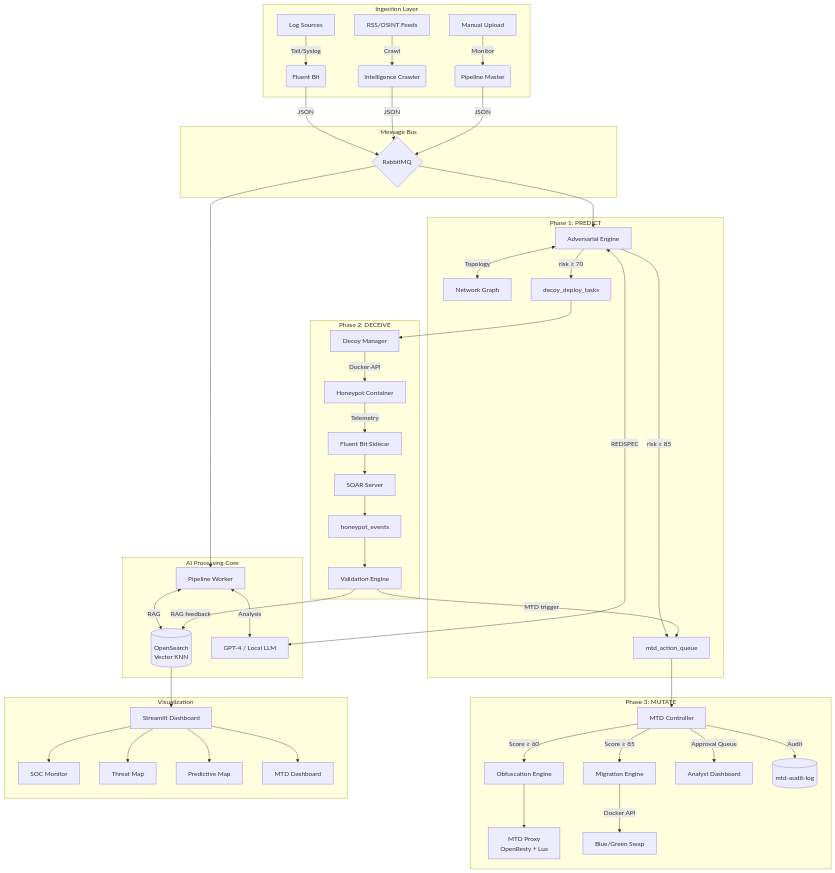
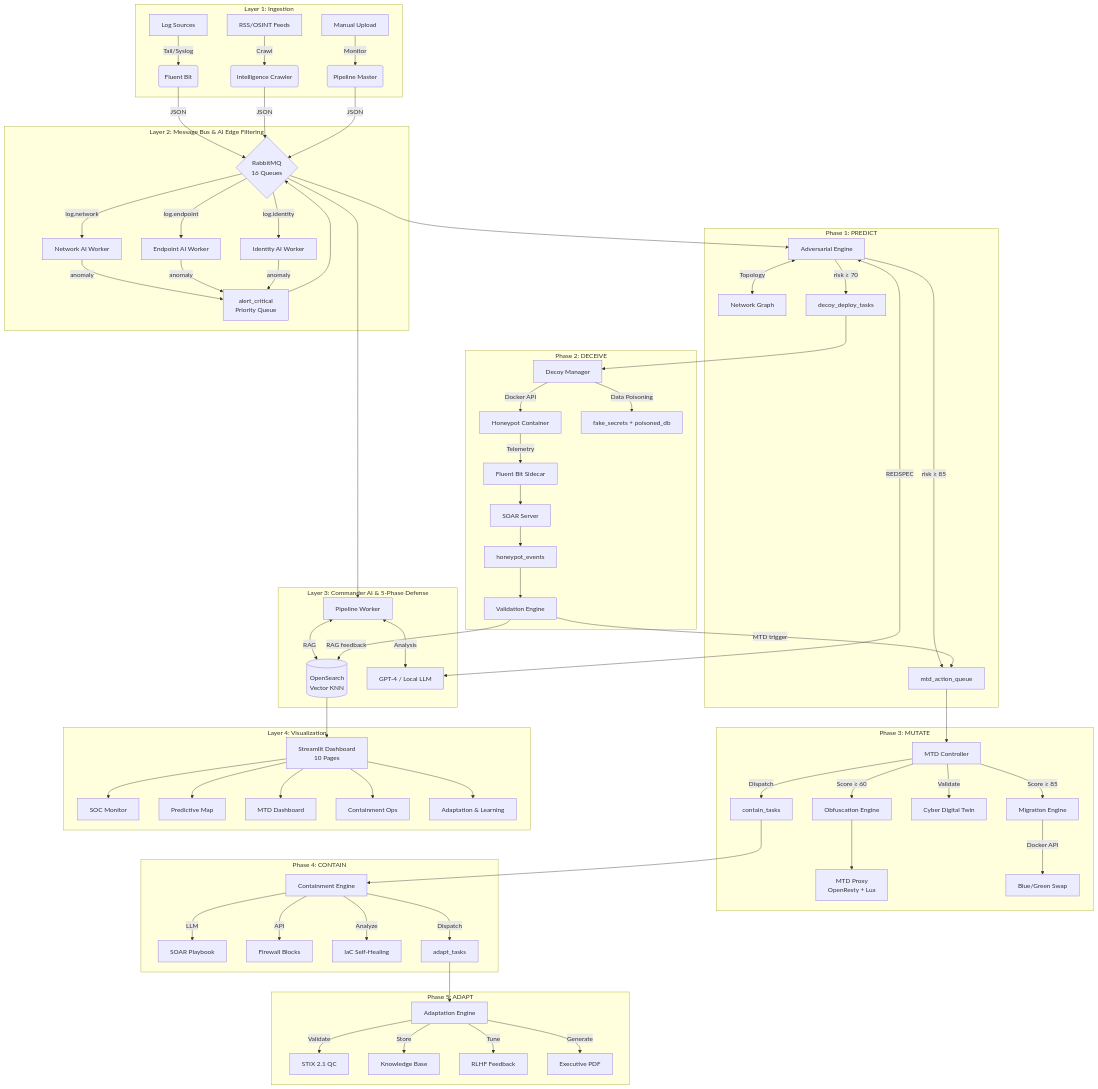
The diagram in README.md (uuluul/AI-autonomous-SOC), drawn with Mermaid before and after one commit. The commit also changed other lines of this file and 1 other file, not shown here.

First line of the commit message:
docs: update README and architecture demo for 5-phase lifecycle

````diff
--- a/README.md
+++ b/README.md
@@ -210,55 +298,78 @@
 ```mermaid
 graph TB
-    subgraph "Ingestion Layer"
+    subgraph "Layer 1: Ingestion"
         LOG[Log Sources] -->|Tail/Syslog| FB(Fluent Bit)
         RSS[RSS/OSINT Feeds] -->|Crawl| IC(Intelligence Crawler)
         MAN[Manual Upload] -->|Monitor| MASTER(Pipeline Master)
     end
 
-    subgraph "Message Bus"
-        FB & IC & MASTER -->|JSON| RMQ{RabbitMQ}
+    subgraph "Layer 2: Message Bus & AI Edge Filtering"
+        FB & IC & MASTER -->|JSON| RMQ{RabbitMQ<br>16 Queues}
+        RMQ -->|log.network| AWN[Network AI Worker]
+        RMQ -->|log.endpoint| AWE[Endpoint AI Worker]
+        RMQ -->|log.identity| AWI[Identity AI Worker]
+        AWN & AWE & AWI -->|anomaly| ACQ[alert_critical<br>Priority Queue]
+        ACQ --> RMQ
     end
 
-    subgraph "AI Processing Core"
+    subgraph "Layer 3: Commander AI & 5-Phase Defense"
         RMQ --> WORKER[Pipeline Worker]
         WORKER <-->|RAG| OSEARCH[(OpenSearch<br>Vector KNN)]
         WORKER <-->|Analysis| LLM[GPT-4 / Local LLM]
     end
 
     subgraph "Phase 1: PREDICT"
         RMQ --> AE[Adversarial Engine]
         AE <-->|REDSPEC| LLM
         AE <-->|Topology| TOPO[Network Graph]
         AE -->|risk ≥ 70| DDQ[decoy_deploy_tasks]
         AE -->|risk ≥ 85| MTQ[mtd_action_queue]
     end
 
     subgraph "Phase 2: DECEIVE"
         DDQ --> DM[Decoy Manager]
         DM -->|Docker API| HONEY[Honeypot Container]
+        DM -->|Data Poisoning| POISON[fake_secrets + poisoned_db]
         HONEY -->|Telemetry| FBSIDE[Fluent Bit Sidecar]
         FBSIDE --> SOAR[SOAR Server]
         SOAR --> HPQ[honeypot_events]
         HPQ --> VE[Validation Engine]
         VE -->|RAG feedback| OSEARCH
         VE -->|MTD trigger| MTQ
     end
 
     subgraph "Phase 3: MUTATE"
         MTQ --> MTDC[MTD Controller]
         MTDC -->|Score ≥ 60| OBFENG[Obfuscation Engine]
         OBFENG --> PROXY[MTD Proxy<br>OpenResty + Lua]
         MTDC -->|Score ≥ 85| MIGENG[Migration Engine]
+        MTDC -->|Validate| TWIN[Cyber Digital Twin]
         MIGENG -->|Docker API| BLUEGREEN[Blue/Green Swap]
-        MTDC -->|Approval Queue| ANALYST[Analyst Dashboard]
-        MTDC -->|Audit| AUDITLOG[(mtd-audit-log)]
+        MTDC -->|Dispatch| CTQ[contain_tasks]
     end
 
-    subgraph "Visualization"
-        OSEARCH --> UI[Streamlit Dashboard]
+    subgraph "Phase 4: CONTAIN"
+        CTQ --> CE[Containment Engine]
+        CE -->|LLM| PLAYBOOK[SOAR Playbook]
+        CE -->|API| FW[Firewall Blocks]
+        CE -->|Analyze| IAC[IaC Self-Healing]
+        CE -->|Dispatch| ATQ[adapt_tasks]
+    end
+
+    subgraph "Phase 5: ADAPT"
+        ATQ --> ADAPT[Adaptation Engine]
+        ADAPT -->|Validate| STIX[STIX 2.1 QC]
+        ADAPT -->|Store| KB[Knowledge Base]
+        ADAPT -->|Tune| RLHF[RLHF Feedback]
+        ADAPT -->|Generate| PDF[Executive PDF]
+    end
+
+    subgraph "Layer 4: Visualization"
+        OSEARCH --> UI[Streamlit Dashboard<br>10 Pages]
         UI --> SOC[SOC Monitor]
-        UI --> TMAP[Threat Map]
         UI --> PTMAP[Predictive Map]
         UI --> MTDDASH[MTD Dashboard]
+        UI --> CONTAIN_UI[Containment Ops]
+        UI --> ADAPT_UI[Adaptation & Learning]
     end
 ```
````
